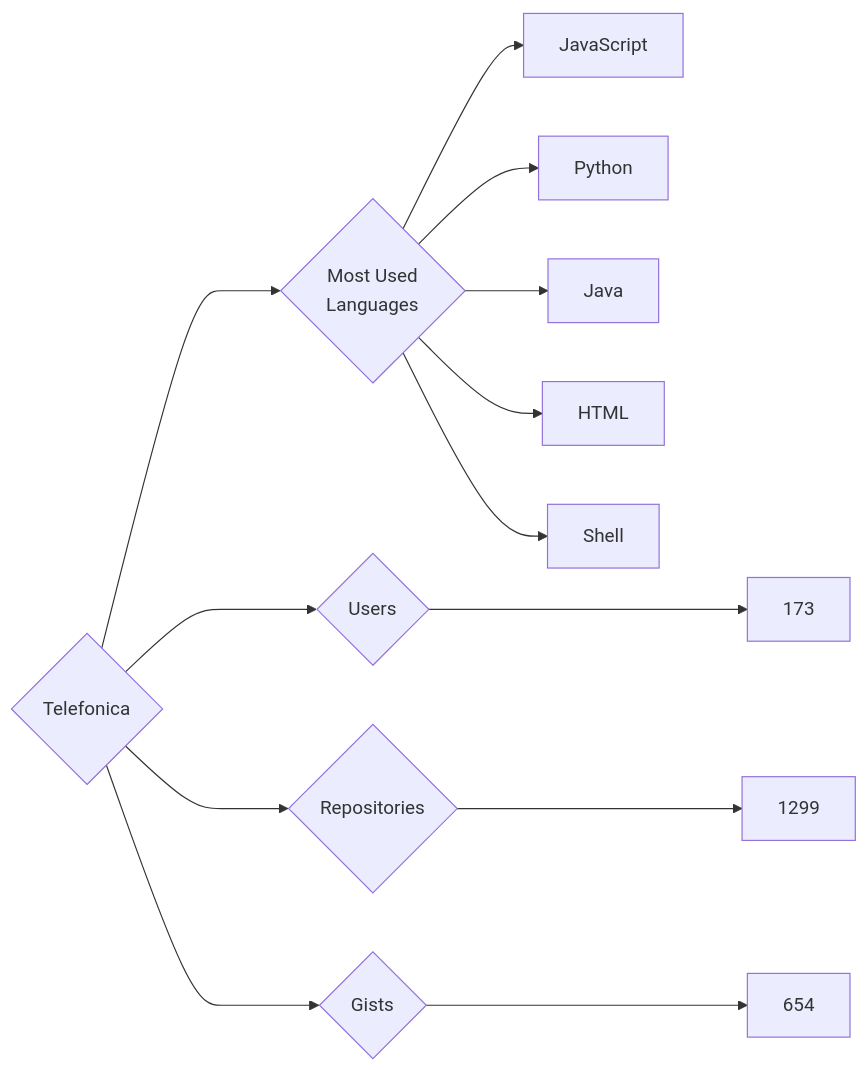
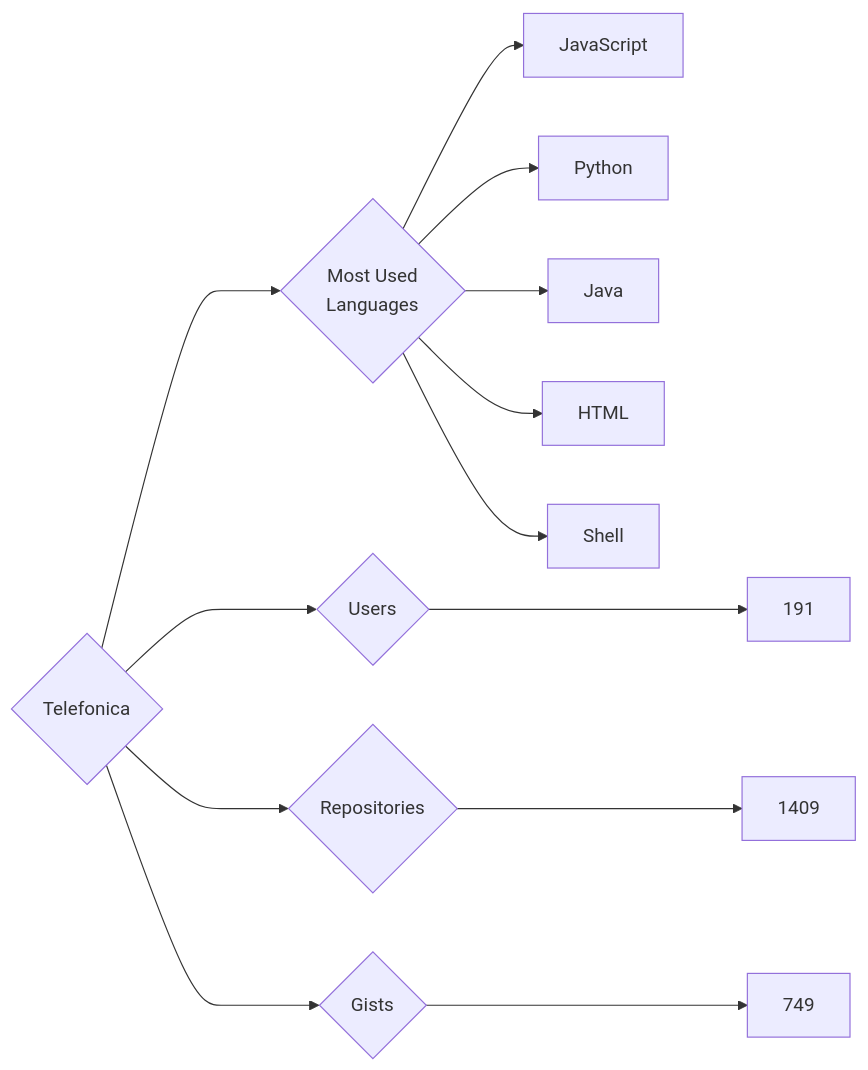
The diagram in targets/Telefonica/README.md (trickest/insiders), drawn with Mermaid before and after one commit. The commit also changed 912 other files, not shown here.

````diff
--- a/targets/Telefonica/README.md
+++ b/targets/Telefonica/README.md
@@ -3,13 +3,13 @@
 ```mermaid
 graph LR
 COMPANY_NAME{Telefonica}
-COMPANY_NAME ---> U{Users} ---> UN[173]
-COMPANY_NAME ---> R{Repositories} ---> RN[1299]
-COMPANY_NAME ---> G{Gists} ---> GN[654]
+COMPANY_NAME ---> U{Users} ---> UN[191]
+COMPANY_NAME ---> R{Repositories} ---> RN[1409]
+COMPANY_NAME ---> G{Gists} ---> GN[749]
 COMPANY_NAME ---> ML{Most Used<br>Languages}
 ML --> JavaScript[JavaScript]
 ML --> Python[Python]
 ML --> Java[Java]
 ML --> HTML[HTML]
 ML --> Shell[Shell]
 ```
````
